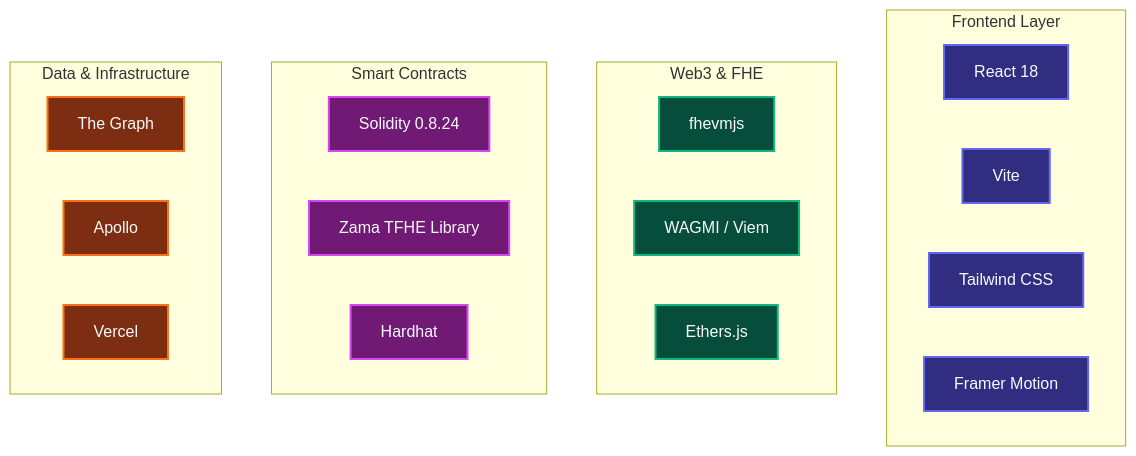
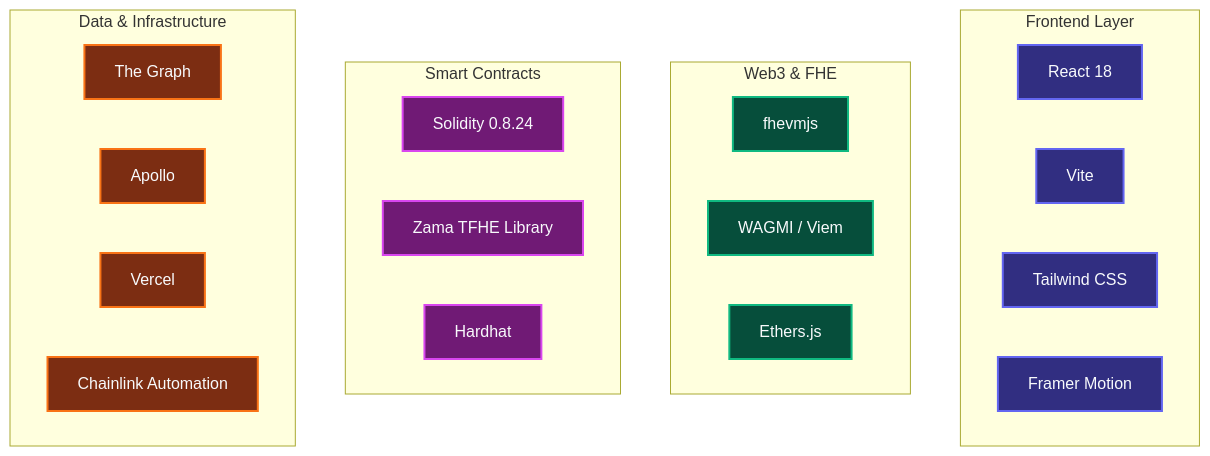
The sixth of 6 diagrams in README.md (shery8595/Medvault), drawn with Mermaid before and after one commit. The commit also changed other lines of this file, not shown here.

````diff
--- a/README.md
+++ b/README.md
@@ -180,33 +191,34 @@
 ```mermaid
 graph TD
     classDef default fill:#1e293b,stroke:#334155,stroke-width:1px,color:#f8fafc
     classDef frontend fill:#312e81,stroke:#6366f1,stroke-width:2px,color:#f8fafc
     classDef web3 fill:#064e3b,stroke:#10b981,stroke-width:2px,color:#f8fafc
     classDef contracts fill:#701a75,stroke:#d946ef,stroke-width:2px,color:#f8fafc
     classDef infra fill:#7c2d12,stroke:#f97316,stroke-width:2px,color:#f8fafc
 
     subgraph "Frontend Layer"
         R[React 18]:::frontend
         V[Vite]:::frontend
         T[Tailwind CSS]:::frontend
         F[Framer Motion]:::frontend
     end
 
     subgraph "Web3 & FHE"
         Z[fhevmjs]:::web3
         W[WAGMI / Viem]:::web3
         E[Ethers.js]:::web3
     end
 
     subgraph "Smart Contracts"
         S[Solidity 0.8.24]:::contracts
         TL[Zama TFHE Library]:::contracts
         H[Hardhat]:::contracts
     end
 
     subgraph "Data & Infrastructure"
         TG[The Graph]:::infra
         A[Apollo]:::infra
         VH[Vercel]:::infra
+        CA[Chainlink Automation]:::infra
     end
 ```
````
